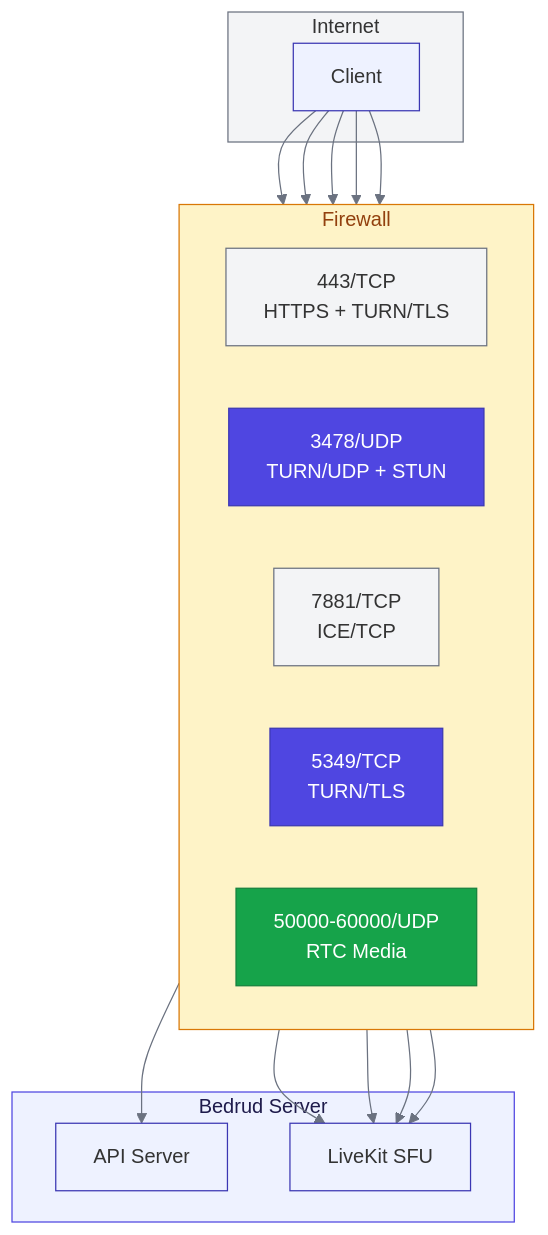
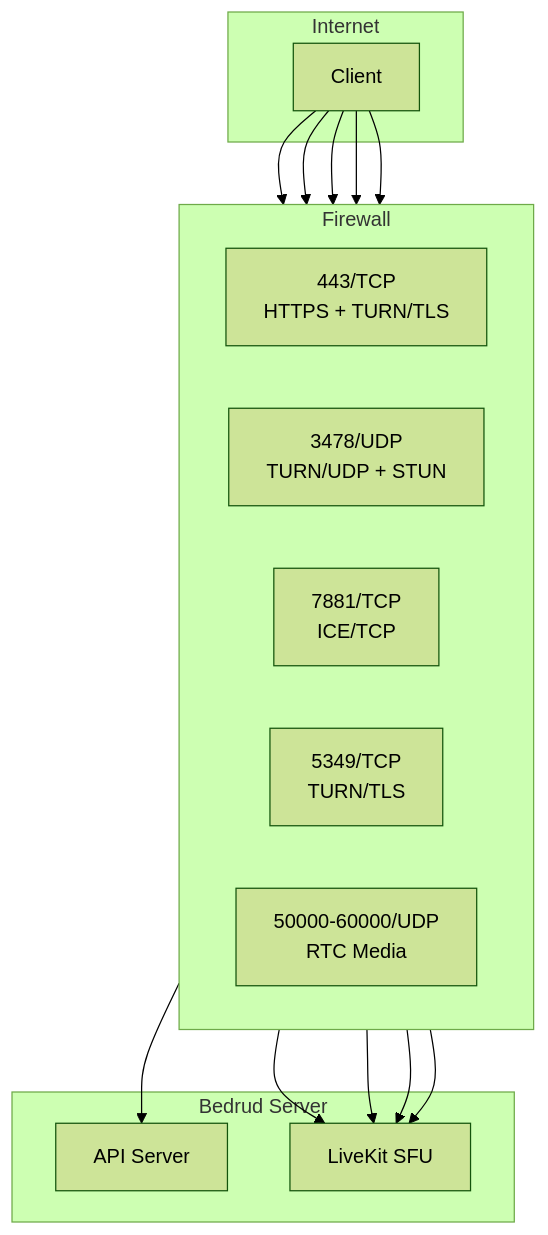
Before and after one commit to bedrud-ir/bedrud: the fourth of 4 diagrams in docs/architecture/turn-server.md, drawn with Mermaid. The commit also changed other lines of this file and 9 other files, not shown here.

Commit message:
update mermaid diagrams to use forest theme for consistent rendering

````diff
--- a/docs/architecture/turn-server.md
+++ b/docs/architecture/turn-server.md
@@ -246,46 +195,27 @@
 ```mermaid
-%%{init: {'themeVariables': {
-  'primaryColor': '#4F46E1',
-  'primaryTextColor': '#FFFFFF',
-  'primaryBorderColor': '#3B37B3',
-  'lineColor': '#6B7280',
-  'secondaryColor': '#F3F4F6',
-  'tertiaryColor': '#E5E7EB',
-  'background': '#FFFFFF',
-  'mainBkg': '#EEF2FF',
-  'nodeBorder': '#3B37B3'
-}}}%%
+%%{init: {'theme': 'forest'}}%%
 flowchart TB
     subgraph Internet["Internet"]
         C[Client]
     end
 
     subgraph FW["Firewall"]
         direction LR
         P443["443/TCP<br/>HTTPS + TURN/TLS"]
         P3478["3478/UDP<br/>TURN/UDP + STUN"]
         P7881["7881/TCP<br/>ICE/TCP"]
         P5349["5349/TCP<br/>TURN/TLS"]
         PRANGE["50000-60000/UDP<br/>RTC Media"]
     end
 
     subgraph Bedrud["Bedrud Server"]
         API[API Server]
         LK[LiveKit SFU]
     end
 
     C --> P443 --> API
     C --> P3478 --> LK
     C --> P7881 --> LK
     C --> P5349 --> LK
     C --> PRANGE --> LK
-
-    style Internet fill:#F3F4F6,stroke:#6B7280
-    style FW fill:#FEF3C7,stroke:#D97706,color:#92400E
-    style Bedrud fill:#EEF2FF,stroke:#4F46E1,color:#1E1B4B
-    style P443 fill:#F3F4F6,stroke:#6B7280
-    style P3478 fill:#4F46E1,stroke:#3B37B3,color:#FFFFFF
-    style P7881 fill:#F3F4F6,stroke:#6B7280
-    style P5349 fill:#4F46E1,stroke:#3B37B3,color:#FFFFFF
-    style PRANGE fill:#16A34A,stroke:#15803D,color:#FFFFFF
 ```
````
